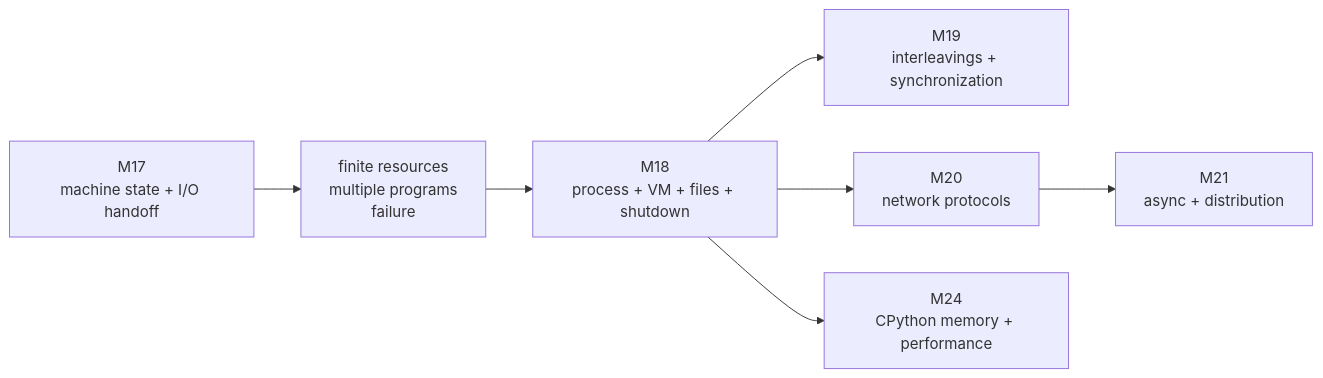
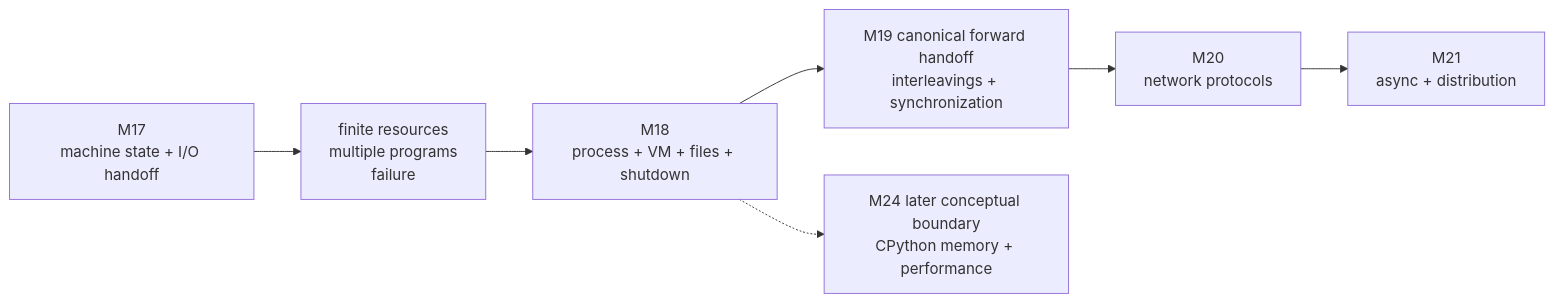
One commit to michaeliu3/atlas-academy-python-cs changed the first of 19 diagrams in content/modules/18_operating_systems_resource_mediation.md. Above: the diagram before and after it, drawn with Mermaid. The commit also changed other lines of this file and 19 other files, not shown here.

````diff
--- a/content/modules/18_operating_systems_resource_mediation.md
+++ b/content/modules/18_operating_systems_resource_mediation.md
@@ -145,13 +145,13 @@
 ```mermaid
     %% atlas-diagram-id: m18-os-pressure-bridge
     %% atlas-diagram-title: Operating-system pressure bridge
-    %% atlas-diagram-alt: Module 17 hands a machine and I/O boundary to Module 18, which explains processes, memory, files, and shutdown before later modules add concurrency, networking, distribution, and runtime internals.
-%% Figure 1. Module 17 hands an unresolved OS boundary to Module 18, which resolves local resource ownership before later modules add overlap, networks, distribution, and runtime internals.
+    %% atlas-diagram-alt: Module 17 hands a machine and I/O boundary to Module 18, which explains processes, memory, files, and shutdown. Module 19 is the canonical forward handoff for concurrency, then Module 20 adds networking and Module 21 adds distribution. The dotted Module 24 link is a later conceptual runtime boundary, not reader navigation or an academic prerequisite.
+%% Figure 1. Module 17 hands an unresolved OS boundary to Module 18, which resolves local resource ownership before the canonical M19 concurrency handoff. The dotted runtime link is conceptual only.
 flowchart LR
     M17["M17<br/>machine state + I/O handoff"] --> PRESSURE["finite resources<br/>multiple programs<br/>failure"]
     PRESSURE --> M18["M18<br/>process + VM + files + shutdown"]
-    M18 --> M19["M19<br/>interleavings + synchronization"]
-    M18 --> M20["M20<br/>network protocols"]
+    M18 --> M19["M19 canonical forward handoff<br/>interleavings + synchronization"]
+    M19 --> M20["M20<br/>network protocols"]
     M20 --> M21["M21<br/>async + distribution"]
-    M18 --> M24["M24<br/>CPython memory + performance"]
+    M18 -.-> M24["M24 later conceptual boundary<br/>CPython memory + performance"]
 ```
````
